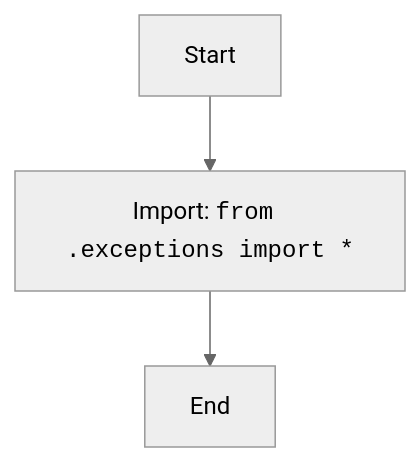
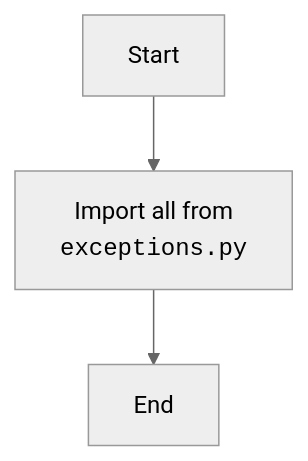
Before and after one commit to hypo69/hypo: the diagram in docs/gemini/ru/explainer/src/suppliers/aliexpress/api/errors/__init__.py.md, drawn with Mermaid (neutral theme). The commit also changed other lines of this file and 1505 other files, not shown here.

````diff
--- a/docs/gemini/ru/explainer/src/suppliers/aliexpress/api/errors/__init__.py.md
+++ b/docs/gemini/ru/explainer/src/suppliers/aliexpress/api/errors/__init__.py.md
@@ -11,5 +10,5 @@
 ```mermaid
 flowchart TD
-    Start --> ImportExceptions[Import: <code>from .exceptions import *</code>]
+    Start --> ImportExceptions[Import all from <br><code>exceptions.py</code>]
     ImportExceptions --> End
 ```
````
